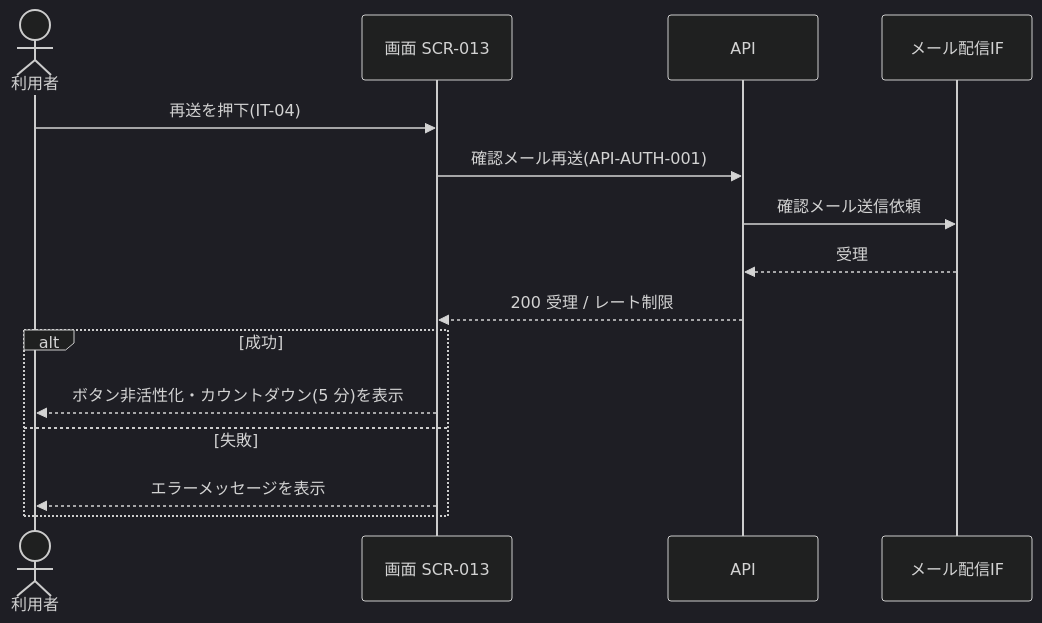
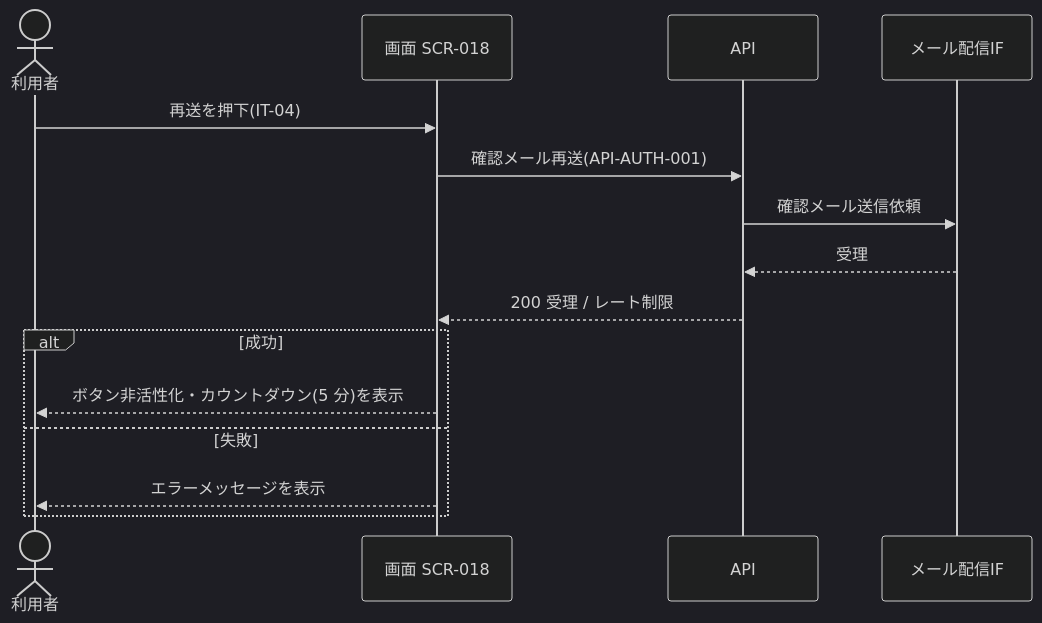
Before and after one commit to sikakou54/open-faq: the diagram in 01_requirements/02_business_usecases/UC-152.md, drawn with Mermaid (dark theme). The commit also changed other lines of this file and 617 other files, not shown here.

````diff
--- a/01_requirements/02_business_usecases/UC-152.md
+++ b/01_requirements/02_business_usecases/UC-152.md
@@ -39,17 +39,17 @@
 ```mermaid
 sequenceDiagram
   actor U as 利用者
-  participant S as 画面 SCR-013
+  participant S as 画面 SCR-018
   participant API as API
   participant ML as メール配信IF
   U->>S: 再送を押下(IT-04)
   S->>API: 確認メール再送(API-AUTH-001)
   API->>ML: 確認メール送信依頼
   ML-->>API: 受理
   API-->>S: 200 受理 / レート制限
   alt 成功
     S-->>U: ボタン非活性化・カウントダウン(5 分)を表示
   else 失敗
     S-->>U: エラーメッセージを表示
   end
 ```
````
